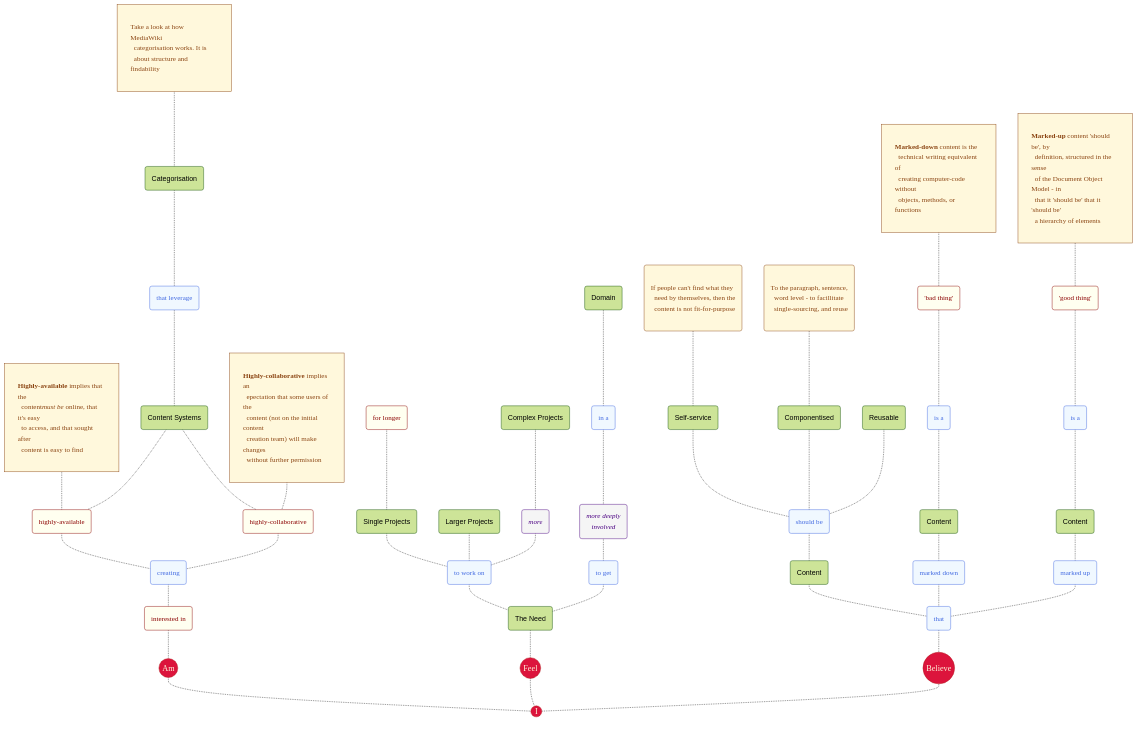
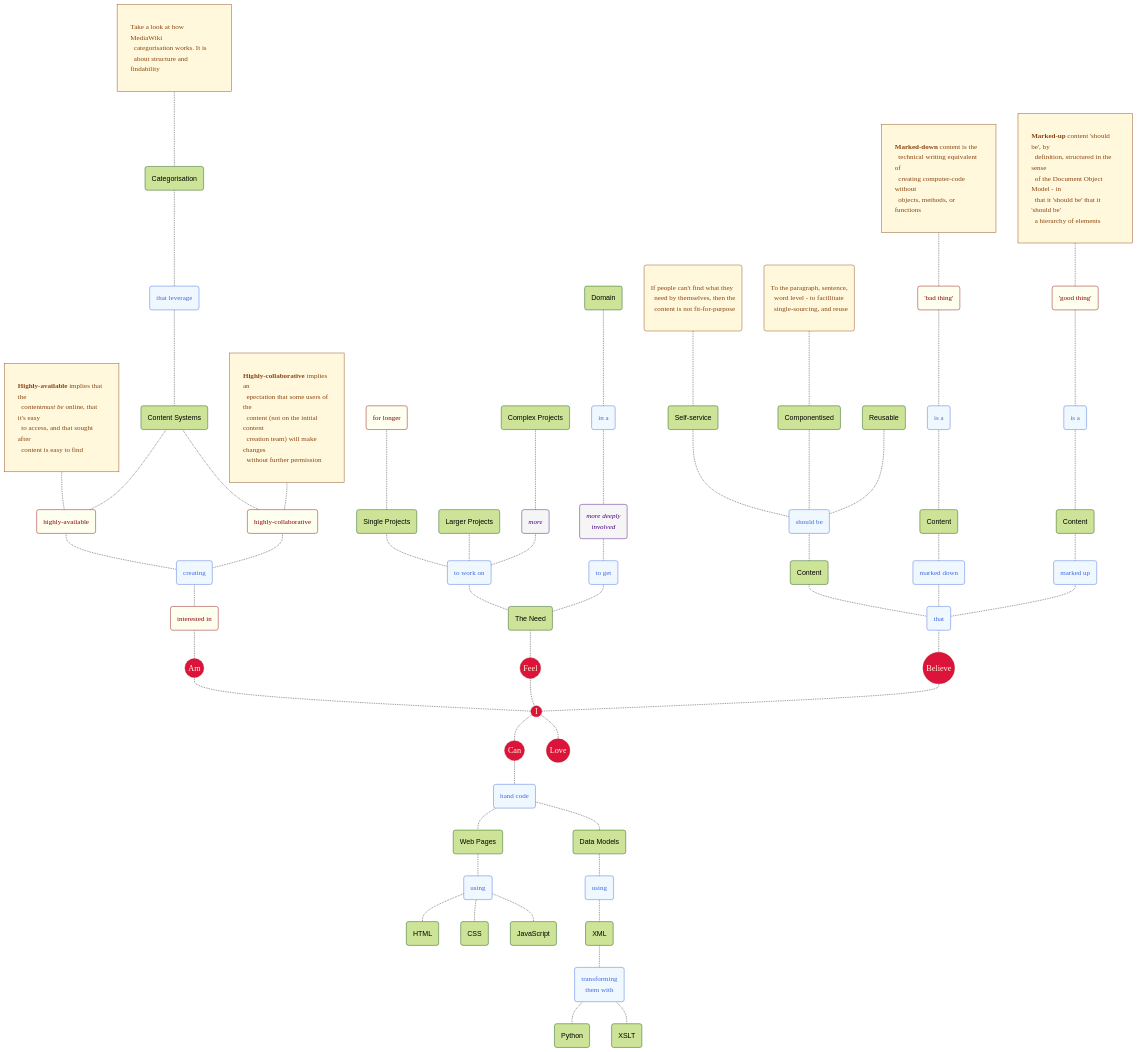
The diagram in my_mermaid_mindmap_2.md (joe-dorward/samples), drawn with Mermaid before and after one commit.

````diff
--- a/my_mermaid_mindmap_2.md
+++ b/my_mermaid_mindmap_2.md
@@ -7,9 +7,9 @@
   classDef Adjective fill:ivory, color:darkred, stroke:darkred, font-family:verdana, line-height:18pt;
   classDef Note fill:cornsilk, stroke:saddlebrown, color:saddlebrown, font-family:verdana, text-align:left, margin:8px;
 
-  %% ========== ========== ========== ========== ==========
+  %% ========== ========== ========== ========== ========== ========== ========== ========== ========== ==========
   I(("I")):::Start
-  %% ========== ========== ========== ========== ==========
+  %% ========== ========== ========== ========== ========== ========== ========== ========== ========== ==========
   AM(("Am")):::Start
 
   CATEGORISATION_NOTE["Take a look at how MediaWiki&ensp;<br/>&ensp;categorisation works. It is<br/>&ensp;about structure and findability"]
@@ -46,7 +46,7 @@
   INTERESTED_IN-.-
   AM-.-
   I
-  %% ========== ========== ========== ========== ==========
+  %% ========== ========== ========== ========== ========== ========== ========== ========== ========== ==========
   FEEL(("Feel")):::Start
 
   DOMAIN("Domain")
@@ -78,7 +78,7 @@
 
   THE_NEED-.-
   FEEL-.-I
-  %% ========== ========== ========== ========== ==========
+  %% ========== ========== ========== ========== ========== ========== ========== ========== ========== ==========
   BELIEVE(("Believe")):::Start
 
   SELF_SERVICE_NOTE("If people can't find what they<br/>&ensp;need by themselves, then the<br/>&ensp;content is not fit-for-purpose")
@@ -103,7 +103,7 @@
 
   SHOULD_BE_1-.-CONTENT_1-.-THAT_1
 
-  %% ---------- ---------- ---------- ---------- ----------
+  %% ---------- ---------- ---------- ---------- ---------- ---------- ---------- ---------- ---------- ----------
   BAD_THING("'bad thing'")
   IS_A_1("is a")
   MARKED_DOWN_CONTENT("Content")
@@ -119,9 +119,52 @@
 
   MARKED_DOWN_CONTENT_NOTE-.-BAD_THING-.-IS_A_1-.-MARKED_DOWN_CONTENT-.-MARKED_DOWN-.-THAT_1
   MARKED_UP_CONTENT_NOTE-.-GOOD_THING-.-IS_A_2-.-MARKED_UP_CONTENT-.-MARKED_UP-.-THAT_1
-  %% ---------- ---------- ---------- ---------- ----------
+  %% ---------- ---------- ---------- ---------- ---------- ---------- ---------- ---------- ---------- ----------
+  THAT_1-.-BELIEVE-.-I
+  %% ========== ========== ========== ========== ========== ========== ========== ========== ========== ==========
+  CAN(("Can")):::Start
+
+  HAND_CODE("hand code")
+
+  WEB_PAGES("Web Pages")
+  USING_1("using")
+  HTML("HTML")
+  CSS("CSS")
+  JAVASCRIPT("JavaScript")
+
+  DATA_MODELS("Data Models")
+  USING_2("using")
+  XML("XML")
+  TRANSFORMING_THEM_WITH("transforming<br/>them with")
+  PYTHON("Python")
+  XSLT("XSLT")
+
+  class HAND_CODE,USING_1,USING_2,TRANSFORMING_THEM_WITH Verb;
+
+  I-.-
+  CAN-.-
+  HAND_CODE-.-
+  WEB_PAGES-.-
+  USING_1
+
+  USING_1-.-HTML
+  USING_1-.-CSS
+  USING_1-.-JAVASCRIPT
+
+  HAND_CODE-.-
+  DATA_MODELS-.-
+  USING_2-.-
+  XML-.-
+  TRANSFORMING_THEM_WITH
+
+  TRANSFORMING_THEM_WITH-.-PYTHON
+  TRANSFORMING_THEM_WITH-.-XSLT
 
 
 
-  THAT_1-.-BELIEVE-.-I
+
+  %% ========== ========== ========== ========== ========== ========== ========== ========== ========== ==========
+  LOVE(("Love")):::Start
+
+  I-.-LOVE
 ```
````
